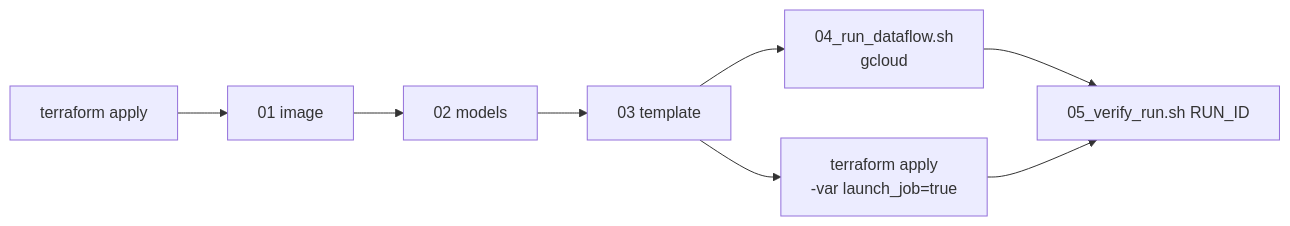
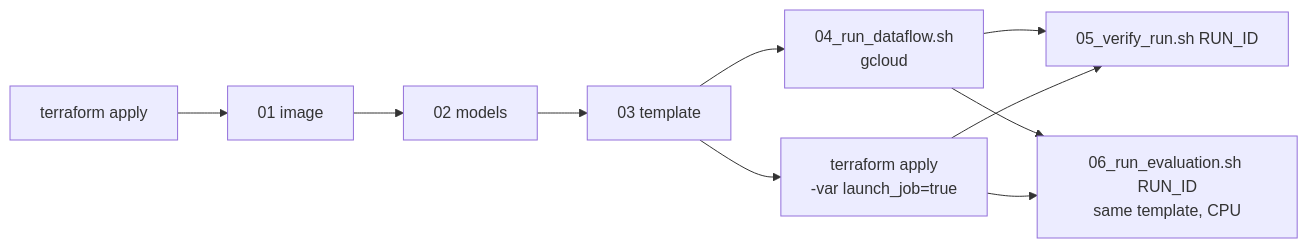
Before and after one commit to albertols/synthetic-llm-dataflow-bigquery: the fifth of 5 diagrams in dsg/terraform/README.md, drawn with Mermaid. The commit also changed other lines of this file and 51 other files, not shown here.

First line of the commit message:
fix(evaluation): ship it in the DSG copy, one image and template, docs for a first reader (#33)

````diff
--- a/dsg/terraform/README.md
+++ b/dsg/terraform/README.md
@@ -269,7 +293,8 @@
    ```mermaid
    flowchart LR
      a[terraform apply] --> b[01 image] --> c[02 models] --> d[03 template]
      d --> e1[04_run_dataflow.sh<br/>gcloud]
      d --> e2[terraform apply<br/>-var launch_job=true]
      e1 & e2 --> f[05_verify_run.sh RUN_ID]
+     e1 & e2 --> g[06_run_evaluation.sh RUN_ID<br/>same template, CPU]
    ```
````
